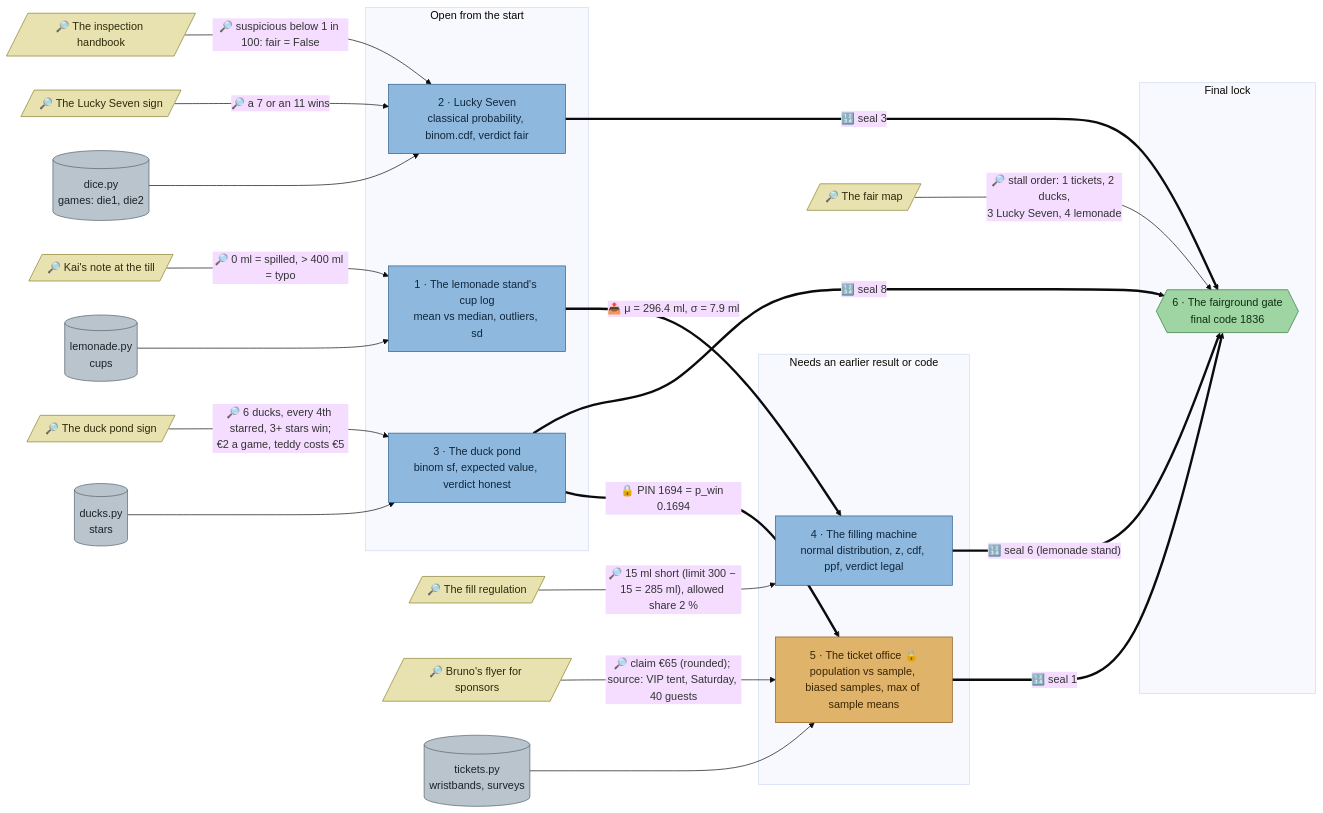
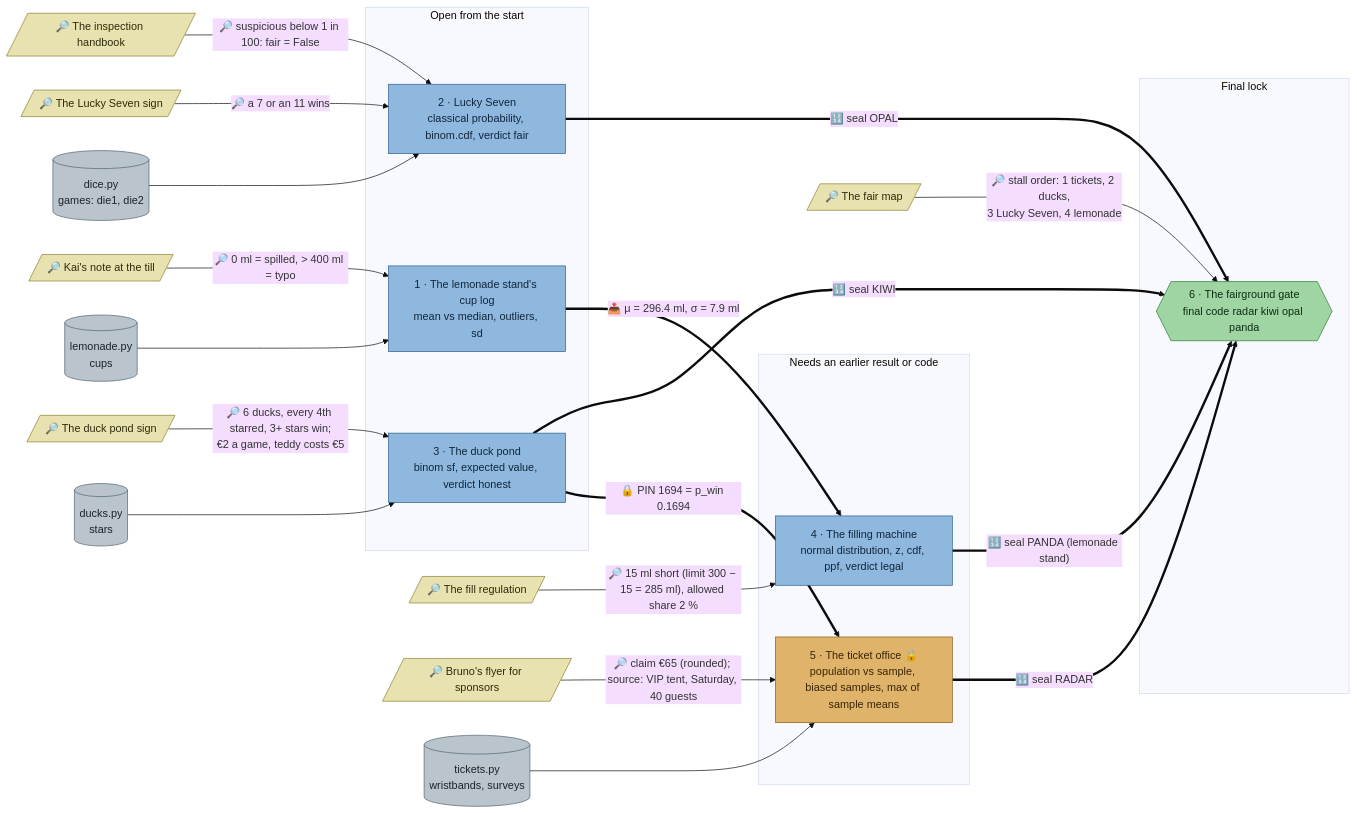
The diagram in docs/flows/stats-fair.md (mhoffmann-wbs/DataScienceEscapeRooms), drawn with Mermaid (base theme) before and after one commit. The commit also changed other lines of this file and 5 other files, not shown here.

First line of the commit message:
The Rigged Fair: seal code words instead of digits at the gate

````diff
--- a/docs/flows/stats-fair.md
+++ b/docs/flows/stats-fair.md
@@ -5,62 +5,62 @@
 ```mermaid
 flowchart LR
   cupnote[/"🔎 Kai's note at the till"/]
   dicesign[/"🔎 The Lucky Seven sign"/]
   handbook[/"🔎 The inspection handbook"/]
   ducksign[/"🔎 The duck pond sign"/]
   filllaw[/"🔎 The fill regulation"/]
   flyer[/"🔎 Bruno's flyer for sponsors"/]
   fairmap[/"🔎 The fair map"/]
 
   d_lemonade[("lemonade.py<br/>cups")]
   d_dice[("dice.py<br/>games: die1, die2")]
   d_ducks[("ducks.py<br/>stars")]
   d_tickets[("tickets.py<br/>wristbands, surveys")]
 
   subgraph p1["Open from the start"]
     lemonade["1 · The lemonade stand's cup log<br/>mean vs median, outliers, sd"]
     dice["2 · Lucky Seven<br/>classical probability, binom.cdf, verdict fair"]
     ducks["3 · The duck pond<br/>binom sf, expected value, verdict honest"]
   end
 
   subgraph p2["Needs an earlier result or code"]
     filler["4 · The filling machine<br/>normal distribution, z, cdf, ppf, verdict legal"]
     tickets["5 · The ticket office 🔒<br/>population vs sample, biased samples, max of sample means"]
   end
 
   subgraph p3["Final lock"]
-    gate{{"6 · The fairground gate<br/>final code 1836"}}
+    gate{{"6 · The fairground gate<br/>final code radar kiwi opal panda"}}
   end
 
   d_lemonade --> lemonade
   d_dice --> dice
   d_ducks --> ducks
   d_tickets --> tickets
 
   cupnote -->|"🔎 0 ml = spilled, > 400 ml = typo"| lemonade
   dicesign -->|"🔎 a 7 or an 11 wins"| dice
   handbook -->|"🔎 suspicious below 1 in 100: fair = False"| dice
   ducksign -->|"🔎 6 ducks, every 4th starred, 3+ stars win;<br/>€2 a game, teddy costs €5"| ducks
   filllaw -->|"🔎 15 ml short (limit 300 − 15 = 285 ml), allowed share 2 %"| filler
   flyer -->|"🔎 claim €65 (rounded); source: VIP tent, Saturday, 40 guests"| tickets
   fairmap -->|"🔎 stall order: 1 tickets, 2 ducks,<br/>3 Lucky Seven, 4 lemonade"| gate
 
   lemonade ==>|"📤 μ = 296.4 ml, σ = 7.9 ml"| filler
   ducks ==>|"🔒 PIN 1694 = p_win 0.1694"| tickets
 
-  tickets ==>|"🔢 seal 1"| gate
-  ducks ==>|"🔢 seal 8"| gate
-  dice ==>|"🔢 seal 3"| gate
-  filler ==>|"🔢 seal 6 (lemonade stand)"| gate
+  tickets ==>|"🔢 seal RADAR"| gate
+  ducks ==>|"🔢 seal KIWI"| gate
+  dice ==>|"🔢 seal OPAL"| gate
+  filler ==>|"🔢 seal PANDA (lemonade stand)"| gate
 
   classDef station fill:#8fb8de,stroke:#2b5d8a,color:#10263b
   classDef locked fill:#e0b36a,stroke:#8a5a12,color:#3a2504
   classDef clue fill:#e8e2b0,stroke:#8a7f2b,color:#2e2a0b
   classDef data fill:#b9c4cc,stroke:#55636e,color:#1c2329
   classDef final fill:#9fd4a3,stroke:#2f7a36,color:#0f2e12
   class lemonade,dice,ducks,filler station
   class tickets locked
   class cupnote,dicesign,handbook,ducksign,filllaw,flyer,fairmap clue
   class d_lemonade,d_dice,d_ducks,d_tickets data
   class gate final
 ```
````
